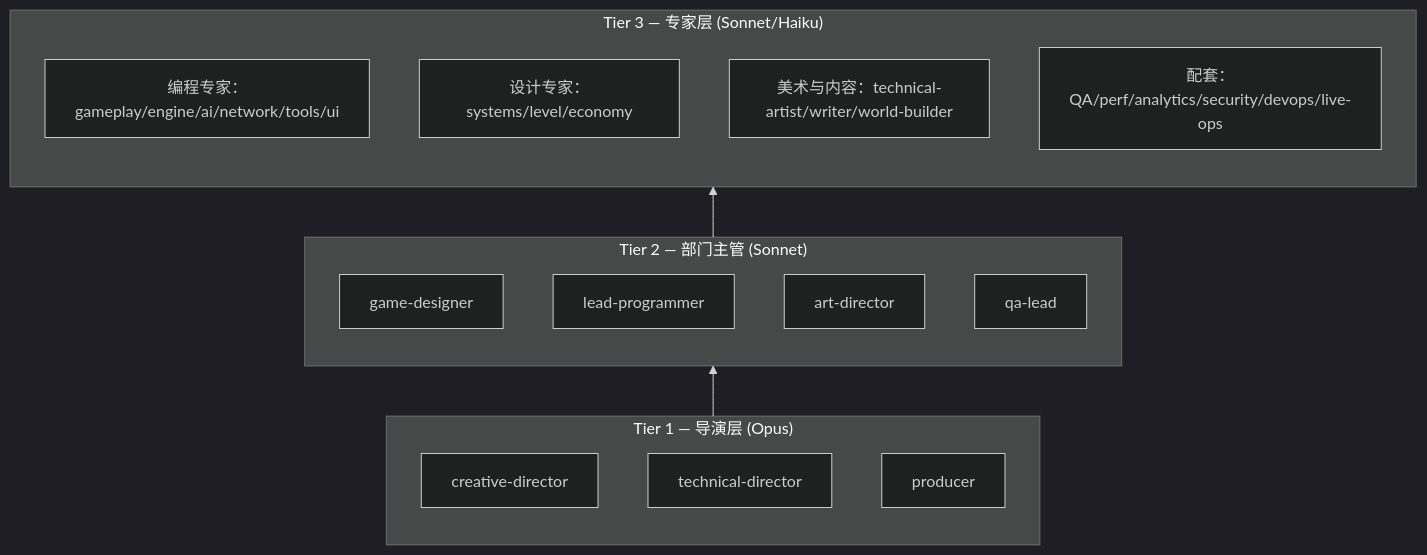
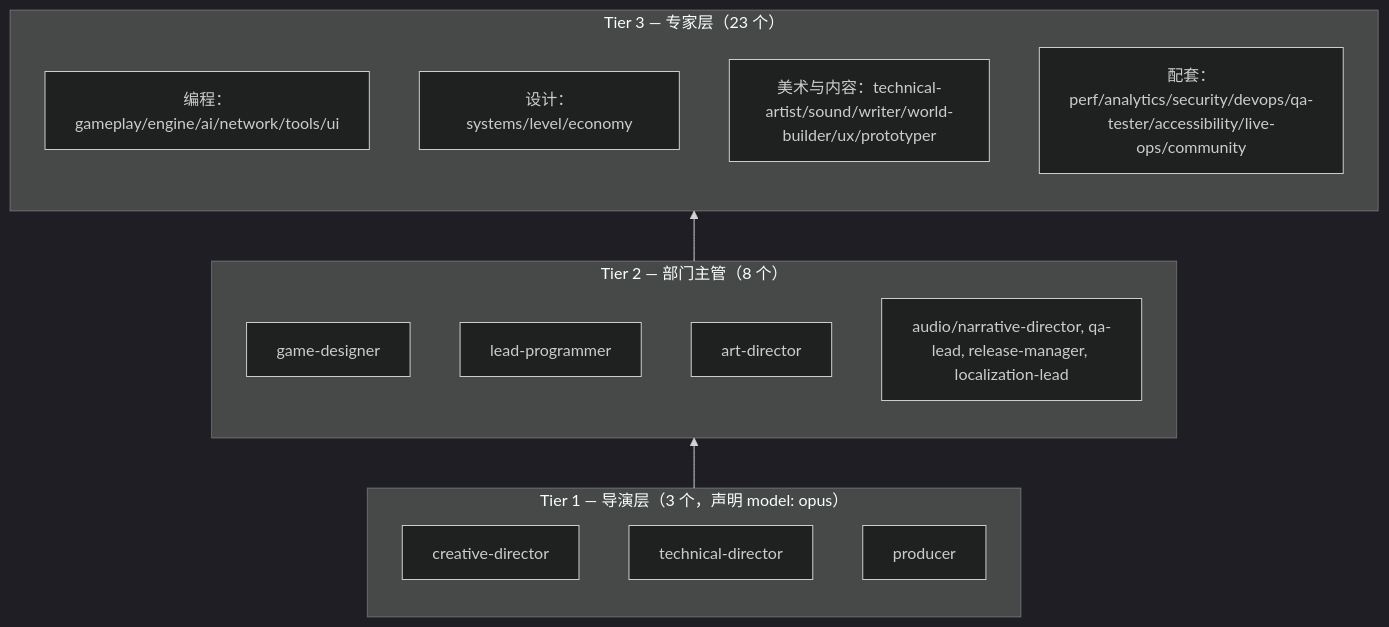
One commit to A1pha3/text-matrix changed the diagram in content/posts/tech/claude-code-game-studios-multi-agent-game-dev.md. Above: the diagram before and after it, drawn with Mermaid (dark theme). The commit also changed other lines of this file and 331 other files, not shown here.

````diff
--- a/content/posts/tech/claude-code-game-studios-multi-agent-game-dev.md
+++ b/content/posts/tech/claude-code-game-studios-multi-agent-game-dev.md
@@ -53,24 +57,24 @@
 ```mermaid
 flowchart BT
-    subgraph TIER3["Tier 3 — 专家层 (Sonnet/Haiku)"]
-        T3P["编程专家：gameplay/engine/ai/network/tools/ui"]
-        T3D["设计专家：systems/level/economy"]
-        T3A["美术与内容：technical-artist/writer/world-builder"]
-        T3O["配套：QA/perf/analytics/security/devops/live-ops"]
+    subgraph TIER3["Tier 3 — 专家层（23 个）"]
+        T3P["编程：gameplay/engine/ai/network/tools/ui"]
+        T3D["设计：systems/level/economy"]
+        T3A["美术与内容：technical-artist/sound/writer/world-builder/ux/prototyper"]
+        T3O["配套：perf/analytics/security/devops/qa-tester/accessibility/live-ops/community"]
     end
 
-    subgraph TIER2["Tier 2 — 部门主管 (Sonnet)"]
+    subgraph TIER2["Tier 2 — 部门主管（8 个）"]
         T2D["game-designer"]
         T2P["lead-programmer"]
         T2A["art-director"]
-        T2Q["qa-lead"]
+        T2Q["audio/narrative-director, qa-lead, release-manager, localization-lead"]
     end
 
-    subgraph TIER1["Tier 1 — 导演层 (Opus)"]
+    subgraph TIER1["Tier 1 — 导演层（3 个，声明 model: opus）"]
         T1C["creative-director"]
         T1T["technical-director"]
         T1P["producer"]
     end
 
     TIER1 --> TIER2 --> TIER3
 ```
````
